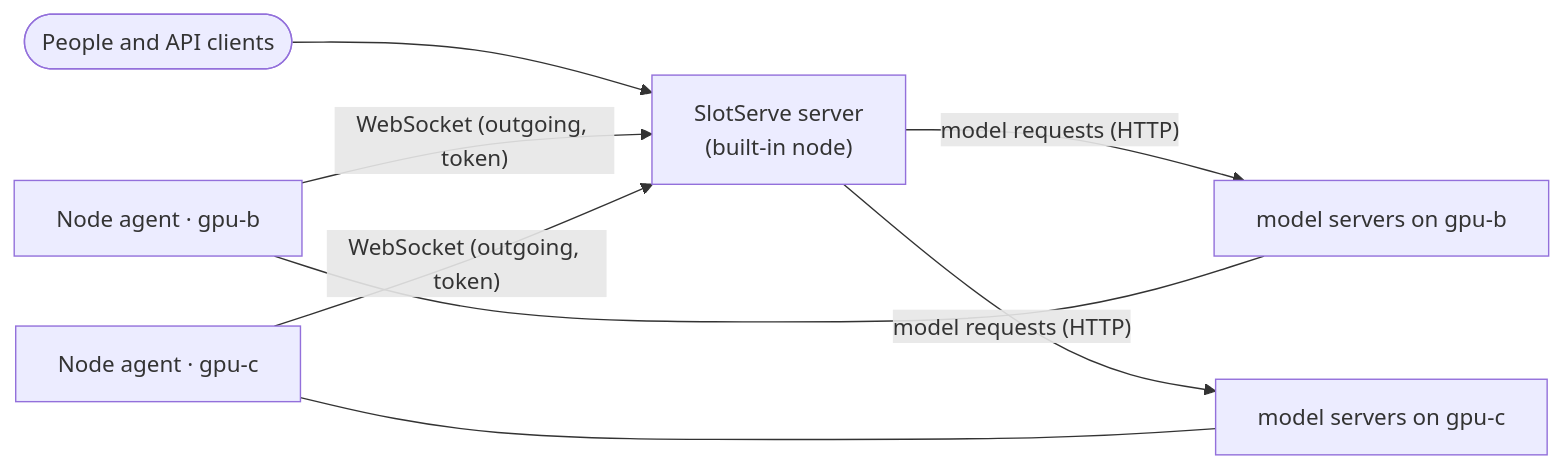
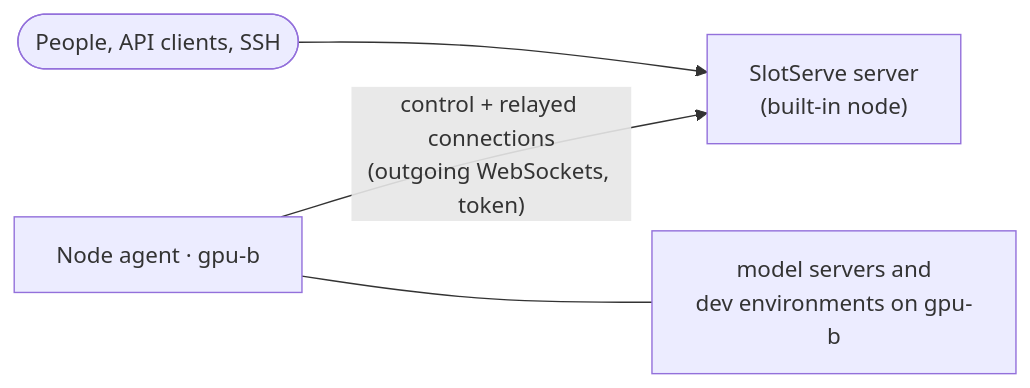
The diagram in docs/multiple-machines.md (PelerYuan/slotserve), drawn with Mermaid before and after one commit. The commit also changed other lines of this file and 11 other files, not shown here.

First line of the commit message:
UI and docs: machines for dev environments, everything relayed via the server

````diff
--- a/docs/multiple-machines.md
+++ b/docs/multiple-machines.md
@@ -20,10 +47,6 @@
 ```mermaid
 flowchart LR
-    people(["People and API clients"]) --> server["SlotServe server<br/>(built-in node)"]
-    agentB["Node agent · gpu-b"] -- "WebSocket (outgoing, token)" --> server
-    agentC["Node agent · gpu-c"] -- "WebSocket (outgoing, token)" --> server
-    server -- "model requests (HTTP)" --> msB["model servers on gpu-b"]
-    server -- "model requests (HTTP)" --> msC["model servers on gpu-c"]
-    agentB --- msB
-    agentC --- msC
+    people(["People, API clients, SSH"]) --> server["SlotServe server<br/>(built-in node)"]
+    agentB["Node agent · gpu-b"] -- "control + relayed connections<br/>(outgoing WebSockets, token)" --> server
+    agentB --- msB["model servers and<br/>dev environments on gpu-b"]
 ```
````
